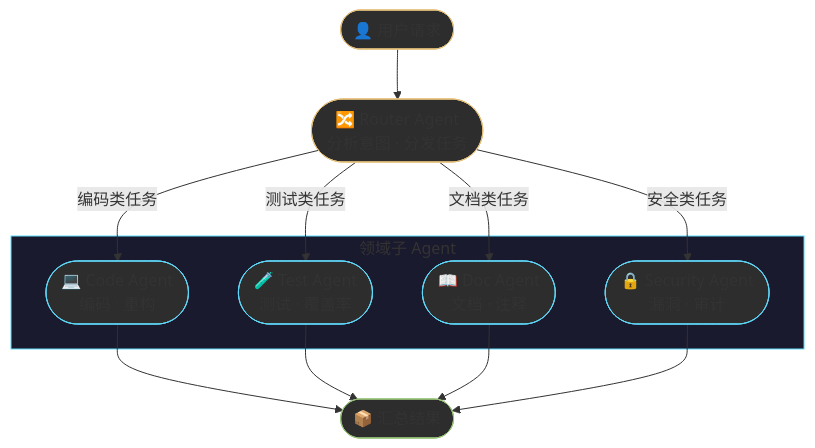
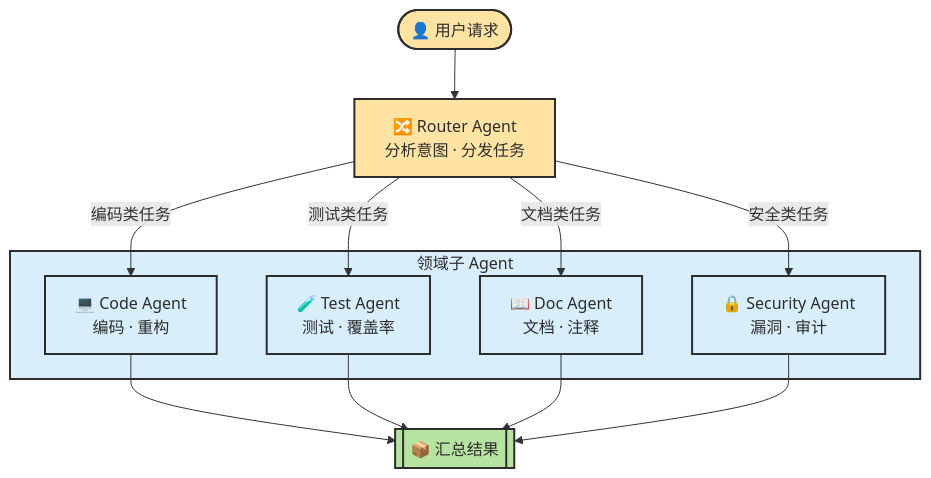
Before and after one commit to zht043/AgenticCodingTutorial: the first of 10 diagrams in docs/chapters/ch11-design-patterns.md, drawn with Mermaid. The commit also changed other lines of this file and 26 other files, not shown here.

````diff
--- a/docs/chapters/ch11-design-patterns.md
+++ b/docs/chapters/ch11-design-patterns.md
@@ -45,30 +55,30 @@
 ```mermaid
 flowchart TB
-    classDef router fill:#2d2d2d,stroke:#e5c07b
-    classDef sub fill:#2d2d2d,stroke:#61dafb
-    classDef result fill:#2d2d2d,stroke:#98c379
+    classDef router fill:#ffe3a3,stroke:#2d2d2d,stroke-width:2px,color:#2d2d2d
+    classDef sub fill:#d8eefb,stroke:#2d2d2d,stroke-width:2px,color:#2d2d2d
+    classDef result fill:#b7e3a1,stroke:#2d2d2d,stroke-width:2px,color:#2d2d2d
 
     User(["👤 用户请求"]):::router
-    Router(["🔀 Router Agent<br/>分析意图 · 分发任务"]):::router
+    Router["🔀 Router Agent<br/>分析意图 · 分发任务"]:::router
 
     subgraph Workers["领域子 Agent"]
-        W1(["💻 Code Agent<br/>编码 · 重构"]):::sub
-        W2(["🧪 Test Agent<br/>测试 · 覆盖率"]):::sub
-        W3(["📖 Doc Agent<br/>文档 · 注释"]):::sub
-        W4(["🔒 Security Agent<br/>漏洞 · 审计"]):::sub
+        W1["💻 Code Agent<br/>编码 · 重构"]:::sub
+        W2["🧪 Test Agent<br/>测试 · 覆盖率"]:::sub
+        W3["📖 Doc Agent<br/>文档 · 注释"]:::sub
+        W4["🔒 Security Agent<br/>漏洞 · 审计"]:::sub
     end
 
-    Result(["📦 汇总结果"]):::result
+    Result[["📦 汇总结果"]]:::result
 
     User --> Router
     Router -->|"编码类任务"| W1
     Router -->|"测试类任务"| W2
     Router -->|"文档类任务"| W3
     Router -->|"安全类任务"| W4
     W1 --> Result
     W2 --> Result
     W3 --> Result
     W4 --> Result
 
-    style Workers fill:#1a1a2e,stroke:#61dafb
+    style Workers fill:#d8eefb,stroke:#2d2d2d,stroke-width:2px,color:#2d2d2d
 ```
````
